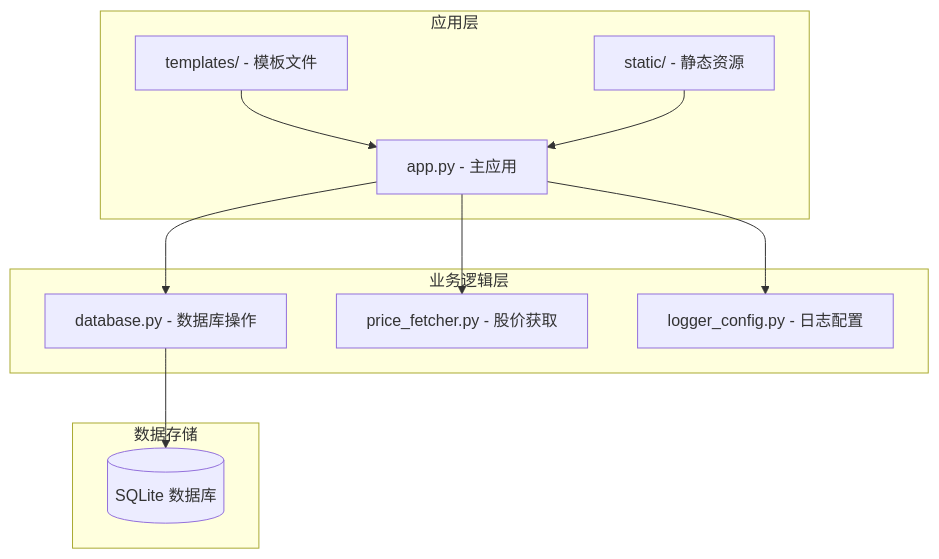
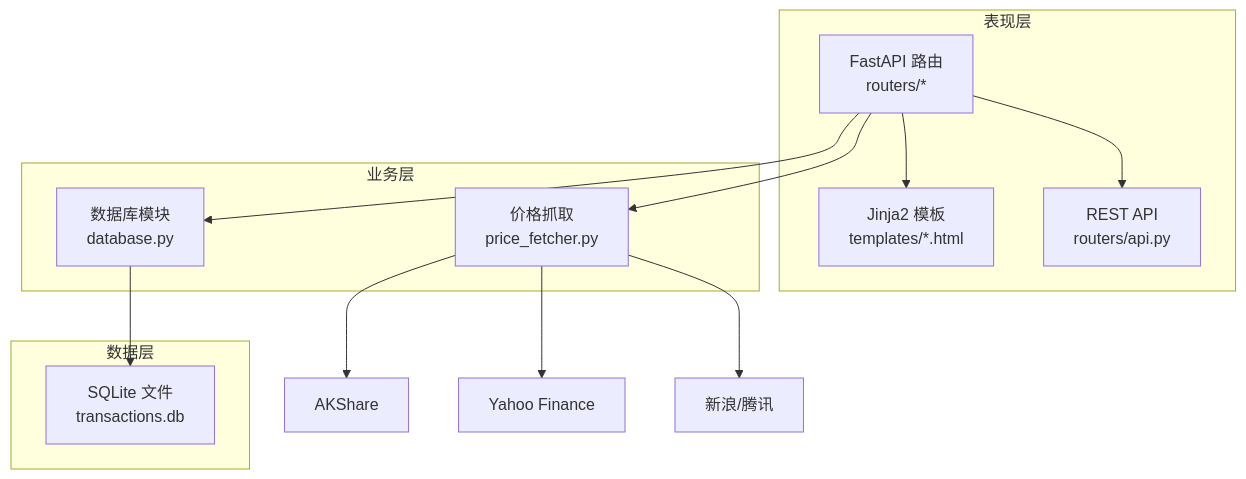
The second of 7 diagrams in .qoder/repowiki/zh/content/开发者指南/开发者指南.md (macrohuang/invest-log), drawn with Mermaid before and after one commit. The commit also changed other lines of this file and 121 other files, not shown here.

````diff
--- a/.qoder/repowiki/zh/content/开发者指南/开发者指南.md
+++ b/.qoder/repowiki/zh/content/开发者指南/开发者指南.md
@@ -45,22 +111,17 @@
 ```mermaid
 graph TB
-subgraph "应用层"
-A[app.py - 主应用]
-B[templates/ - 模板文件]
-C[static/ - 静态资源]
+subgraph "表现层"
+FE["FastAPI 路由<br/>routers/*"] --> TPL["Jinja2 模板<br/>templates/*.html"]
+FE --> API["REST API<br/>routers/api.py"]
 end
-subgraph "业务逻辑层"
-D[database.py - 数据库操作]
-E[price_fetcher.py - 股价获取]
-F[logger_config.py - 日志配置]
+subgraph "业务层"
+FE --> DB["数据库模块<br/>database.py"]
+FE --> PF["价格抓取<br/>price_fetcher.py"]
 end
-subgraph "数据存储"
-G[(SQLite 数据库)]
+subgraph "数据层"
+DB --> SQL["SQLite 文件<br/>transactions.db"]
 end
-A --> D
-A --> E
-A --> F
-D --> G
-B --> A
-C --> A
+PF --> SRC1["AKShare"]
+PF --> SRC2["Yahoo Finance"]
+PF --> SRC3["新浪/腾讯"]
 ```
````
